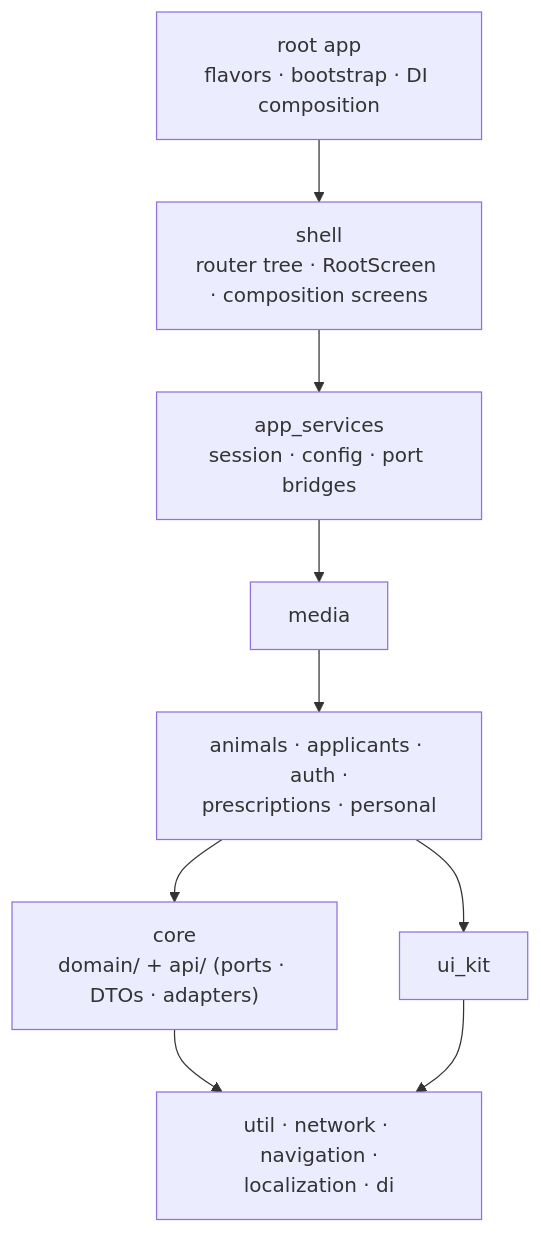
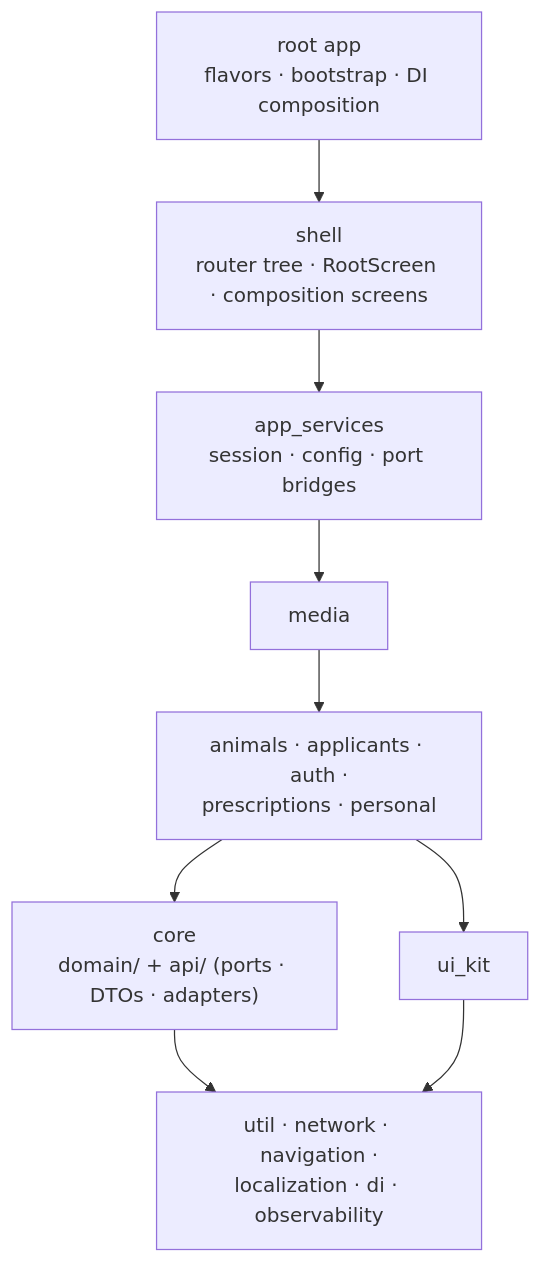
Before and after one commit to aiserrock/acits-flutter: the first of 2 diagrams in ARCHITECTURE.md, drawn with Mermaid. The commit also changed other lines of this file and 46 other files, not shown here.

````diff
--- a/ARCHITECTURE.md
+++ b/ARCHITECTURE.md
@@ -57,20 +57,20 @@
 ```mermaid
 graph TD
     app["root app<br/>flavors · bootstrap · DI composition"]
     shell["shell<br/>router tree · RootScreen · composition screens"]
     services["app_services<br/>session · config · port bridges"]
     media["media"]
     features["animals · applicants · auth ·<br/>prescriptions · personal"]
     core["core<br/>domain/ + api/ (ports · DTOs · adapters)"]
     uikit["ui_kit"]
-    leaf["util · network · navigation ·<br/>localization · di"]
+    leaf["util · network · navigation ·<br/>localization · di · observability"]
 
     app --> shell
     shell --> services
     services --> media
     media --> features
     features --> core
     features --> uikit
     core --> leaf
     uikit --> leaf
 ```
````
